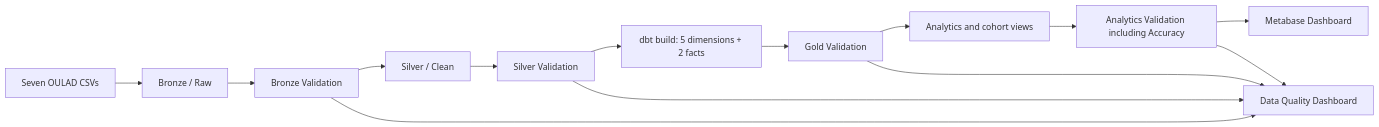
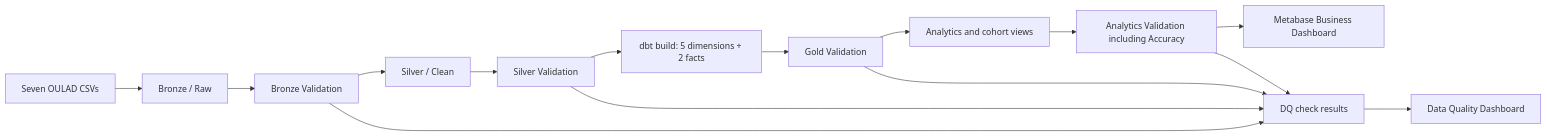
The diagram in README.md (killuazai/oulad-dataset), drawn with Mermaid before and after one commit. The commit also changed other lines of this file and 33 other files, not shown here.

Commit message:
Align final star schema and dbt quality pipeline

````diff
--- a/README.md
+++ b/README.md
@@ -21,16 +23,17 @@
 ```mermaid
 flowchart LR
     S[Seven OULAD CSVs] --> B[Bronze / Raw]
     B --> QB[Bronze Validation]
     QB --> C[Silver / Clean]
     C --> QS[Silver Validation]
     QS --> D[dbt build: 5 dimensions + 2 facts]
     D --> QG[Gold Validation]
     QG --> A[Analytics and cohort views]
     A --> QA[Analytics Validation including Accuracy]
-    QA --> M[Metabase Dashboard]
-    QB --> DQ[Data Quality Dashboard]
-    QS --> DQ
-    QG --> DQ
-    QA --> DQ
+    QA --> M[Metabase Business Dashboard]
+    QB --> DQR[DQ check results]
+    QS --> DQR
+    QG --> DQR
+    QA --> DQR
+    DQR --> DQ[Data Quality Dashboard]
 ```
````
